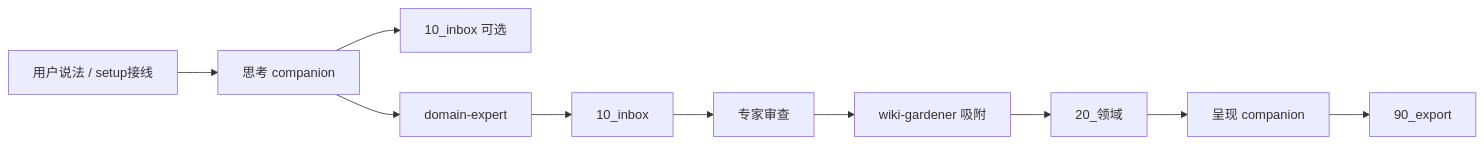
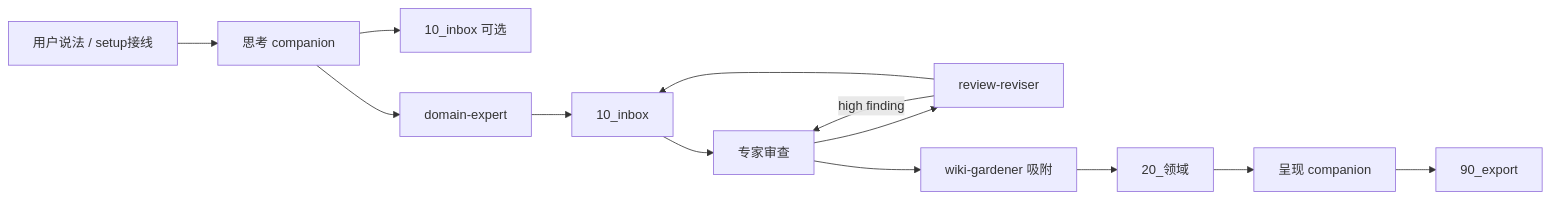
The diagram in docs/companion协作流程.md (tangzzz-fan/Wiki-Gardener-Skill), drawn with Mermaid before and after one commit. The commit also changed other lines of this file and 29 other files, not shown here.

First line of the commit message:
Improve first-run UX and close the review-revise loop.

````diff
--- a/docs/companion协作流程.md
+++ b/docs/companion协作流程.md
@@ -60,12 +62,15 @@
 ```mermaid
 flowchart LR
   invoke[用户说法 / setup接线] --> think[思考 companion]
   think --> inboxA[10_inbox 可选]
   think --> expert[domain-expert]
   expert --> inboxB[10_inbox]
   inboxB --> review[专家审查]
+  review --> revise[review-reviser]
+  revise -->|"high finding"| review
+  revise --> inboxB
   review --> gardener[wiki-gardener 吸附]
   gardener --> domain[20_领域]
   domain --> present[呈现 companion]
   present --> exportDir[90_export]
 ```
````
